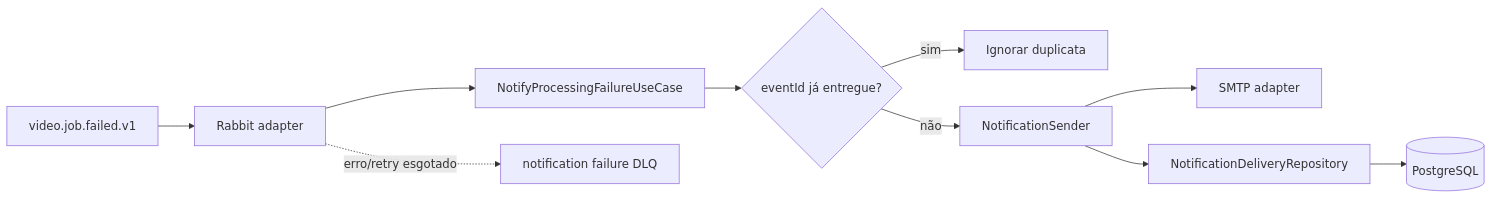
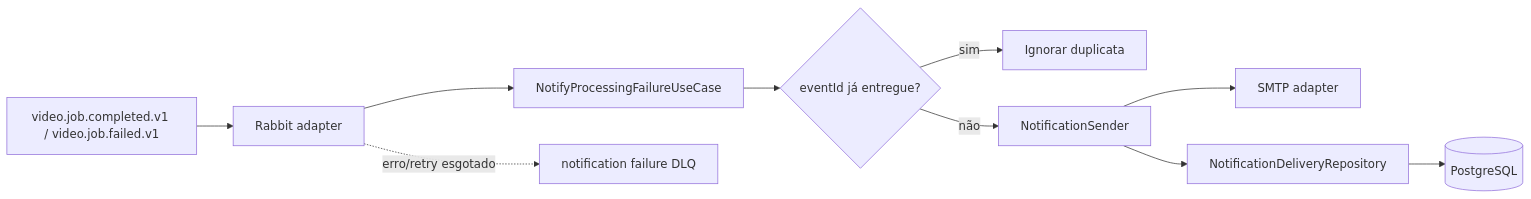
One commit to fiap-postech-team/fiapx-video-platform changed the diagram in services/notification-worker/README.md. Above: the diagram before and after it, drawn with Mermaid. The commit also changed other lines of this file and 30 other files, not shown here.

````diff
--- a/services/notification-worker/README.md
+++ b/services/notification-worker/README.md
@@ -79,12 +79,12 @@
 ```mermaid
 flowchart LR
-    EVENT[video.job.failed.v1] --> LISTENER[Rabbit adapter]
+    EVENT[video.job.completed.v1 / video.job.failed.v1] --> LISTENER[Rabbit adapter]
     LISTENER --> USECASE[NotifyProcessingFailureUseCase]
     USECASE --> EXISTS{eventId já entregue?}
     EXISTS -->|sim| ACK[Ignorar duplicata]
     EXISTS -->|não| MAIL[NotificationSender]
     MAIL --> SMTP[SMTP adapter]
     MAIL --> SAVE[NotificationDeliveryRepository]
     SAVE --> DB[(PostgreSQL)]
     LISTENER -. erro/retry esgotado .-> DLQ[notification failure DLQ]
 ```
````
